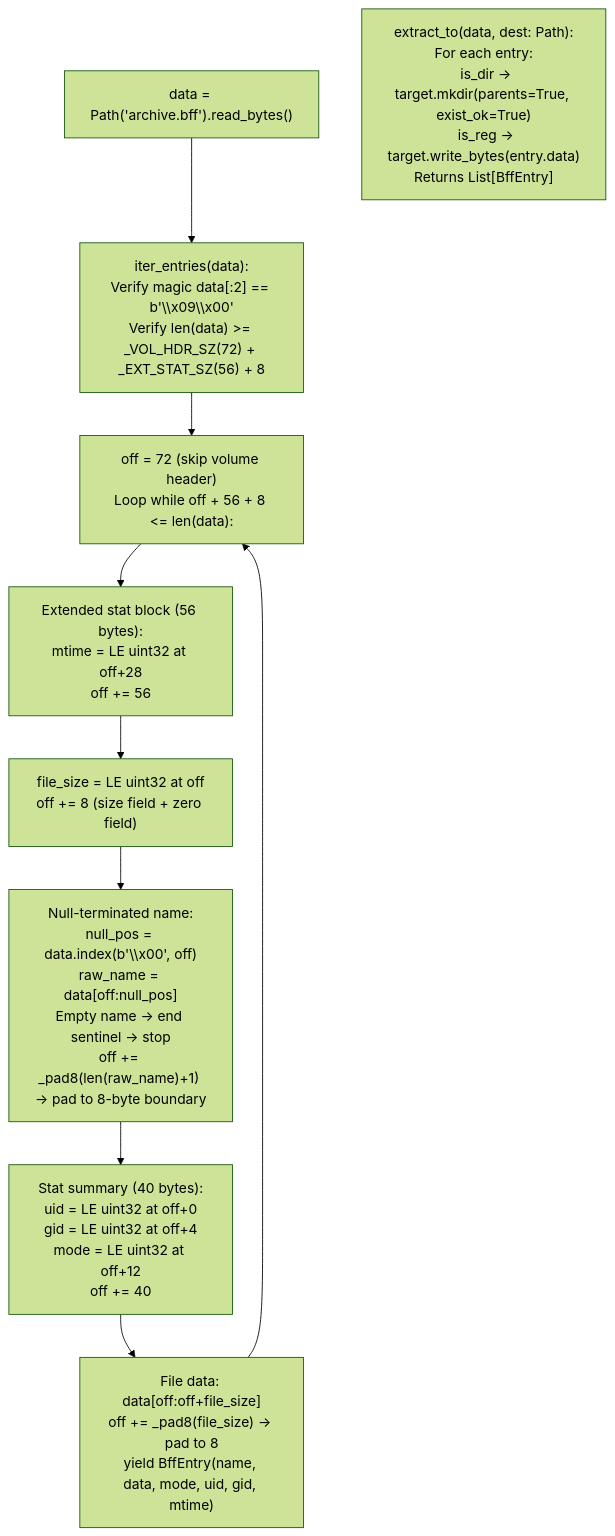
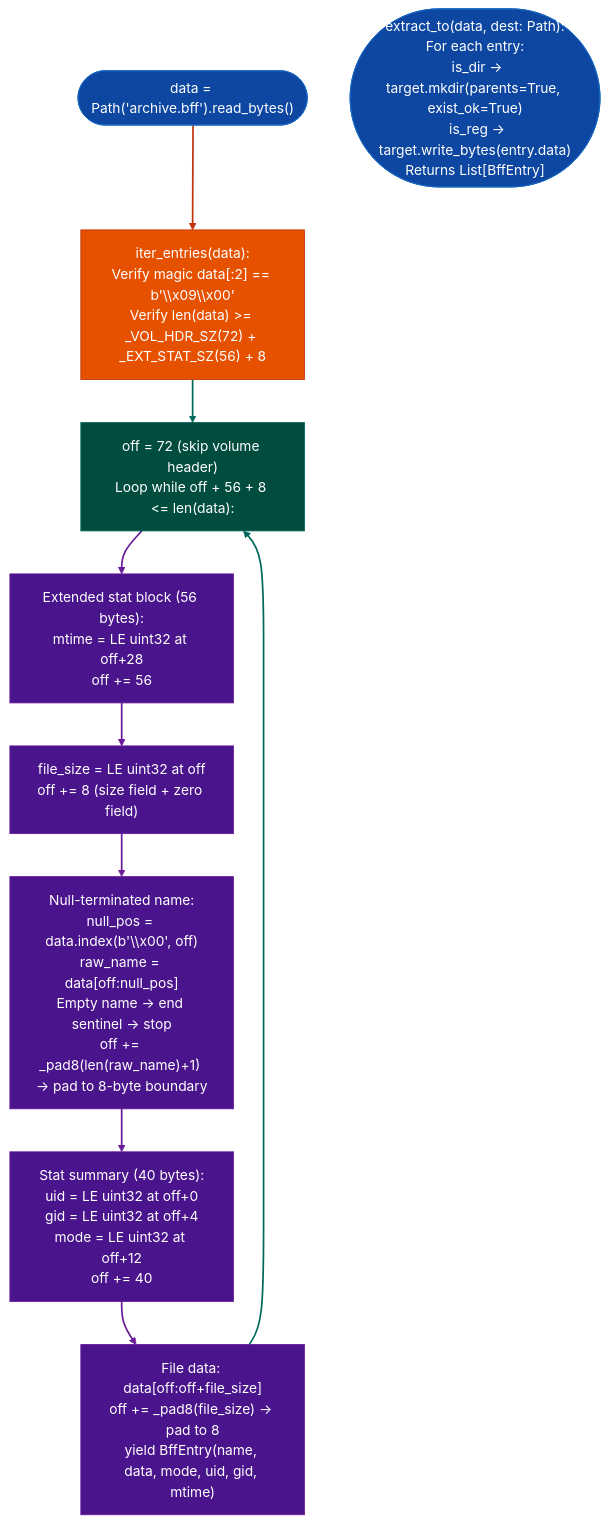
One commit to Ablation-Tool/ablation changed the diagram in docs/reference-modules/aix-plain-bff-extraction.md. Above: the diagram before and after it, drawn with Mermaid (forest theme). The commit also changed 320 other files, not shown here.

First line of the commit message:
docs: apply canonical Mermaid template to all 321 diagrams

````diff
--- a/docs/reference-modules/aix-plain-bff-extraction.md
+++ b/docs/reference-modules/aix-plain-bff-extraction.md
@@ -19,12 +19,26 @@
 ```mermaid
 flowchart TD
-    A["data = Path('archive.bff').read_bytes()"] --> B["iter_entries(data):\nVerify magic data[:2] == b'\\x09\\x00'\nVerify len(data) >= _VOL_HDR_SZ(72) + _EXT_STAT_SZ(56) + 8"]
-    B --> C["off = 72 (skip volume header)\nLoop while off + 56 + 8 <= len(data):"]
-    C --> D["Extended stat block (56 bytes):\nmtime = LE uint32 at off+28\noff += 56"]
-    D --> E["file_size = LE uint32 at off\noff += 8 (size field + zero field)"]
-    E --> F["Null-terminated name:\nnull_pos = data.index(b'\\x00', off)\nraw_name = data[off:null_pos]\nEmpty name → end sentinel → stop\noff += _pad8(len(raw_name)+1) → pad to 8-byte boundary"]
-    F --> G["Stat summary (40 bytes):\nuid = LE uint32 at off+0\ngid = LE uint32 at off+4\nmode = LE uint32 at off+12\noff += 40"]
-    G --> H["File data: data[off:off+file_size]\noff += _pad8(file_size) → pad to 8\nyield BffEntry(name, data, mode, uid, gid, mtime)"]
-    H --> C
-    I["extract_to(data, dest: Path):\nFor each entry:\n  is_dir → target.mkdir(parents=True, exist_ok=True)\n  is_reg → target.write_bytes(entry.data)\nReturns List[BffEntry]"]
+    A(["data = Path('archive.bff').read_bytes()"]):::input --> B["iter_entries(data):\nVerify magic data[:2] == b'\\x09\\x00'\nVerify len(data) >= _VOL_HDR_SZ(72) + _EXT_STAT_SZ(56) + 8"]:::primary
+    B:::primary --> C["off = 72 (skip volume header)\nLoop while off + 56 + 8 <= len(data):"]:::secondary
+    C:::secondary --> D["Extended stat block (56 bytes):\nmtime = LE uint32 at off+28\noff += 56"]:::tertiary
+    D:::tertiary --> E["file_size = LE uint32 at off\noff += 8 (size field + zero field)"]:::tertiary
+    E:::tertiary --> F["Null-terminated name:\nnull_pos = data.index(b'\\x00', off)\nraw_name = data[off:null_pos]\nEmpty name → end sentinel → stop\noff += _pad8(len(raw_name)+1) → pad to 8-byte boundary"]:::tertiary
+    F:::tertiary --> G["Stat summary (40 bytes):\nuid = LE uint32 at off+0\ngid = LE uint32 at off+4\nmode = LE uint32 at off+12\noff += 40"]:::tertiary
+    G:::tertiary --> H["File data: data[off:off+file_size]\noff += _pad8(file_size) → pad to 8\nyield BffEntry(name, data, mode, uid, gid, mtime)"]:::tertiary
+    H:::tertiary --> C:::secondary
+    I(["extract_to(data, dest: Path):\nFor each entry:\n  is_dir → target.mkdir(parents=True, exist_ok=True)\n  is_reg → target.write_bytes(entry.data)\nReturns List[BffEntry]"]):::input
+    classDef input     fill:#0d47a1,stroke:#1565c0,color:#fff
+    classDef primary   fill:#e65100,stroke:#bf360c,color:#fff
+    classDef secondary fill:#004d40,stroke:#00695c,color:#fff
+    classDef tertiary  fill:#4a148c,stroke:#6a1b9a,color:#fff
+    classDef neutral   fill:#37474f,stroke:#546e7a,color:#fff
+    classDef output    fill:#1b5e20,stroke:#2e7d32,color:#fff
+    linkStyle 0 stroke:#bf360c,stroke-width:2px
+    linkStyle 1 stroke:#00695c,stroke-width:2px
+    linkStyle 2 stroke:#6a1b9a,stroke-width:2px
+    linkStyle 3 stroke:#6a1b9a,stroke-width:2px
+    linkStyle 4 stroke:#6a1b9a,stroke-width:2px
+    linkStyle 5 stroke:#6a1b9a,stroke-width:2px
+    linkStyle 6 stroke:#6a1b9a,stroke-width:2px
+    linkStyle 7 stroke:#00695c,stroke-width:2px
 ```
````
